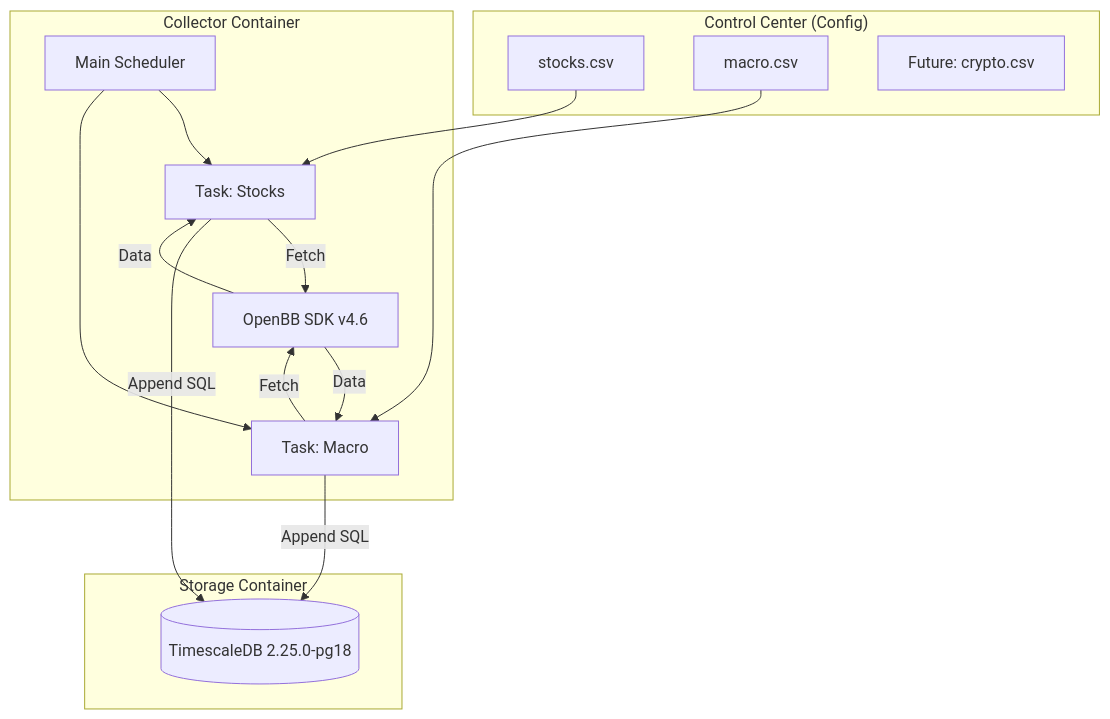
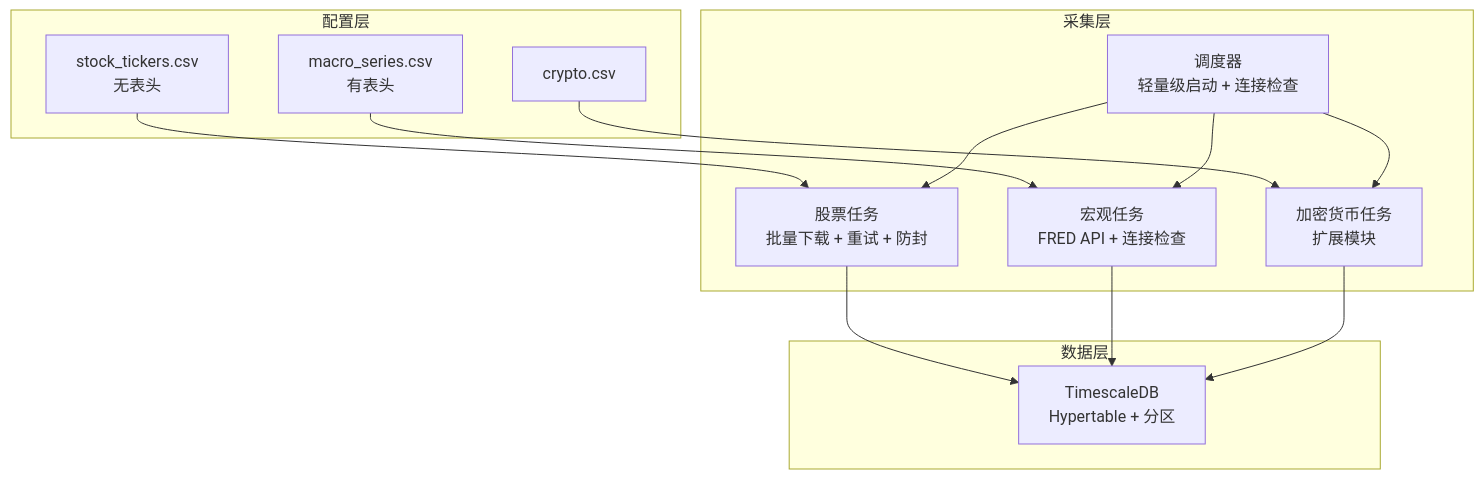
One commit to CodeYHJ/openbb-extend changed the diagram in docs/SPEC.md. Above: the diagram before and after it, drawn with Mermaid. The commit also changed other lines of this file and 1 other file, not shown here.

````diff
--- a/docs/SPEC.md
+++ b/docs/SPEC.md
@@ -19,31 +28,29 @@
 ```mermaid
 graph TD
-    subgraph "Control Center (Config)"
-        C1[stocks.csv]
-        C2[macro.csv]
-        C3[Future: crypto.csv]
+    subgraph "配置层"
+        C1[stock_tickers.csv<br/>无表头]
+        C2[macro_series.csv<br/>有表头]
+        C3[crypto.csv]
     end
 
-    subgraph "Collector Container"
-        Scheduler[Main Scheduler]
-        T1[Task: Stocks]
-        T2[Task: Macro]
-        OpenBB[OpenBB SDK v4.6]
+    subgraph "采集层"
+        Scheduler[调度器<br/>轻量级启动 + 连接检查]
+        T1[股票任务<br/>批量下载 + 重试 + 防封]
+        T2[宏观任务<br/>FRED API + 连接检查]
+        T3[加密货币任务<br/>扩展模块]
     end
 
-    subgraph "Storage Container"
-        DB[(TimescaleDB 2.25.0-pg18)]
+    subgraph "数据层"
+        DB[TimescaleDB<br/>Hypertable + 分区]
     end
 
     C1 --> T1
     C2 --> T2
+    C3 --> T3
     Scheduler --> T1
     Scheduler --> T2
-    T1 -->|Fetch| OpenBB
-    T2 -->|Fetch| OpenBB
-    OpenBB -->|Data| T1
-    OpenBB -->|Data| T2
-    T1 -->|Append SQL| DB
-    T2 -->|Append SQL| DB
-
+    Scheduler --> T3
+    T1 --> DB
+    T2 --> DB
+    T3 --> DB
 ```
````
